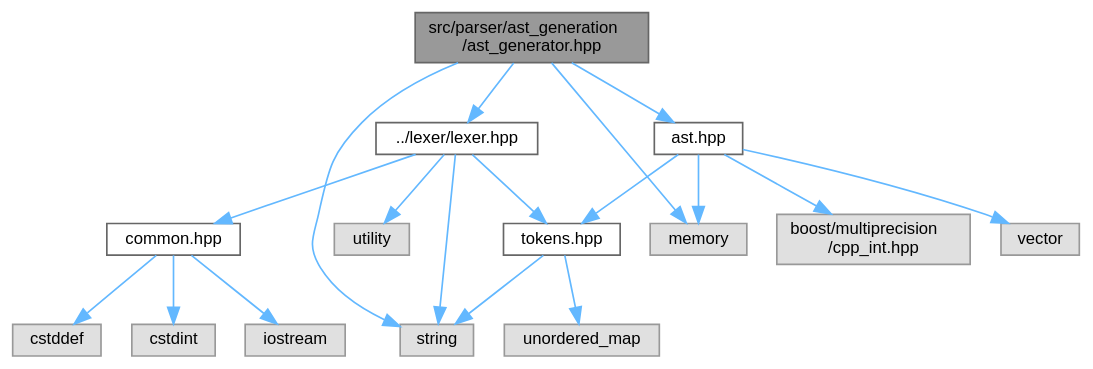
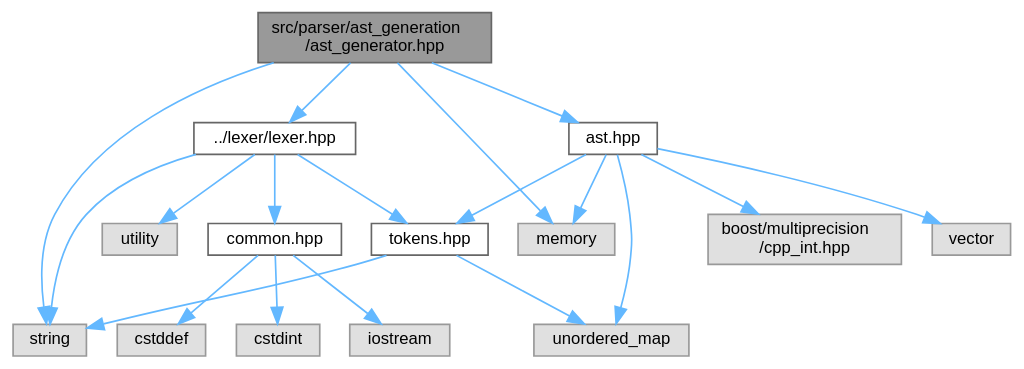
Before and after one commit to kejunp/kejunp.github.io: the diagram in pebbl/docs/ast__generator_8hpp__incl.dot, drawn with Graphviz. The commit also changed 30 other files, not shown here.

```diff
--- a/pebbl/docs/ast__generator_8hpp__incl.dot
+++ b/pebbl/docs/ast__generator_8hpp__incl.dot
@@ -1,38 +1,39 @@
 digraph "src/parser/ast_generation/ast_generator.hpp"
 {
  // LATEX_PDF_SIZE
   bgcolor="transparent";
   edge [fontname=Helvetica,fontsize=10,labelfontname=Helvetica,labelfontsize=10];
   node [fontname=Helvetica,fontsize=10,shape=box,height=0.2,width=0.4];
   Node1 [id="Node000001",label="src/parser/ast_generation\l/ast_generator.hpp",height=0.2,width=0.4,color="gray40", fillcolor="grey60", style="filled", fontcolor="black",tooltip=" "];
   Node1 -> Node2 [id="edge1_Node000001_Node000002",color="steelblue1",style="solid",tooltip=" "];
   Node2 [id="Node000002",label="memory",height=0.2,width=0.4,color="grey60", fillcolor="#E0E0E0", style="filled",tooltip=" "];
   Node1 -> Node3 [id="edge2_Node000001_Node000003",color="steelblue1",style="solid",tooltip=" "];
   Node3 [id="Node000003",label="string",height=0.2,width=0.4,color="grey60", fillcolor="#E0E0E0", style="filled",tooltip=" "];
   Node1 -> Node4 [id="edge3_Node000001_Node000004",color="steelblue1",style="solid",tooltip=" "];
   Node4 [id="Node000004",label="../lexer/lexer.hpp",height=0.2,width=0.4,color="grey40", fillcolor="white", style="filled",URL="$lexer_8hpp.html",tooltip=" "];
   Node4 -> Node3 [id="edge4_Node000004_Node000003",color="steelblue1",style="solid",tooltip=" "];
   Node4 -> Node5 [id="edge5_Node000004_Node000005",color="steelblue1",style="solid",tooltip=" "];
   Node5 [id="Node000005",label="utility",height=0.2,width=0.4,color="grey60", fillcolor="#E0E0E0", style="filled",tooltip=" "];
   Node4 -> Node6 [id="edge6_Node000004_Node000006",color="steelblue1",style="solid",tooltip=" "];
   Node6 [id="Node000006",label="common.hpp",height=0.2,width=0.4,color="grey40", fillcolor="white", style="filled",URL="$common_8hpp.html",tooltip=" "];
   Node6 -> Node7 [id="edge7_Node000006_Node000007",color="steelblue1",style="solid",tooltip=" "];
   Node7 [id="Node000007",label="cstddef",height=0.2,width=0.4,color="grey60", fillcolor="#E0E0E0", style="filled",tooltip=" "];
   Node6 -> Node8 [id="edge8_Node000006_Node000008",color="steelblue1",style="solid",tooltip=" "];
   Node8 [id="Node000008",label="cstdint",height=0.2,width=0.4,color="grey60", fillcolor="#E0E0E0", style="filled",tooltip=" "];
   Node6 -> Node9 [id="edge9_Node000006_Node000009",color="steelblue1",style="solid",tooltip=" "];
   Node9 [id="Node000009",label="iostream",height=0.2,width=0.4,color="grey60", fillcolor="#E0E0E0", style="filled",tooltip=" "];
   Node4 -> Node10 [id="edge10_Node000004_Node000010",color="steelblue1",style="solid",tooltip=" "];
   Node10 [id="Node000010",label="tokens.hpp",height=0.2,width=0.4,color="grey40", fillcolor="white", style="filled",URL="$tokens_8hpp.html",tooltip=" "];
   Node10 -> Node3 [id="edge11_Node000010_Node000003",color="steelblue1",style="solid",tooltip=" "];
   Node10 -> Node11 [id="edge12_Node000010_Node000011",color="steelblue1",style="solid",tooltip=" "];
   Node11 [id="Node000011",label="unordered_map",height=0.2,width=0.4,color="grey60", fillcolor="#E0E0E0", style="filled",tooltip=" "];
   Node1 -> Node12 [id="edge13_Node000001_Node000012",color="steelblue1",style="solid",tooltip=" "];
   Node12 [id="Node000012",label="ast.hpp",height=0.2,width=0.4,color="grey40", fillcolor="white", style="filled",URL="$ast_8hpp.html",tooltip=" "];
   Node12 -> Node13 [id="edge14_Node000012_Node000013",color="steelblue1",style="solid",tooltip=" "];
   Node13 [id="Node000013",label="boost/multiprecision\l/cpp_int.hpp",height=0.2,width=0.4,color="grey60", fillcolor="#E0E0E0", style="filled",tooltip=" "];
   Node12 -> Node2 [id="edge15_Node000012_Node000002",color="steelblue1",style="solid",tooltip=" "];
   Node12 -> Node14 [id="edge16_Node000012_Node000014",color="steelblue1",style="solid",tooltip=" "];
   Node14 [id="Node000014",label="vector",height=0.2,width=0.4,color="grey60", fillcolor="#E0E0E0", style="filled",tooltip=" "];
-  Node12 -> Node10 [id="edge17_Node000012_Node000010",color="steelblue1",style="solid",tooltip=" "];
+  Node12 -> Node11 [id="edge17_Node000012_Node000011",color="steelblue1",style="solid",tooltip=" "];
+  Node12 -> Node10 [id="edge18_Node000012_Node000010",color="steelblue1",style="solid",tooltip=" "];
 }
```
